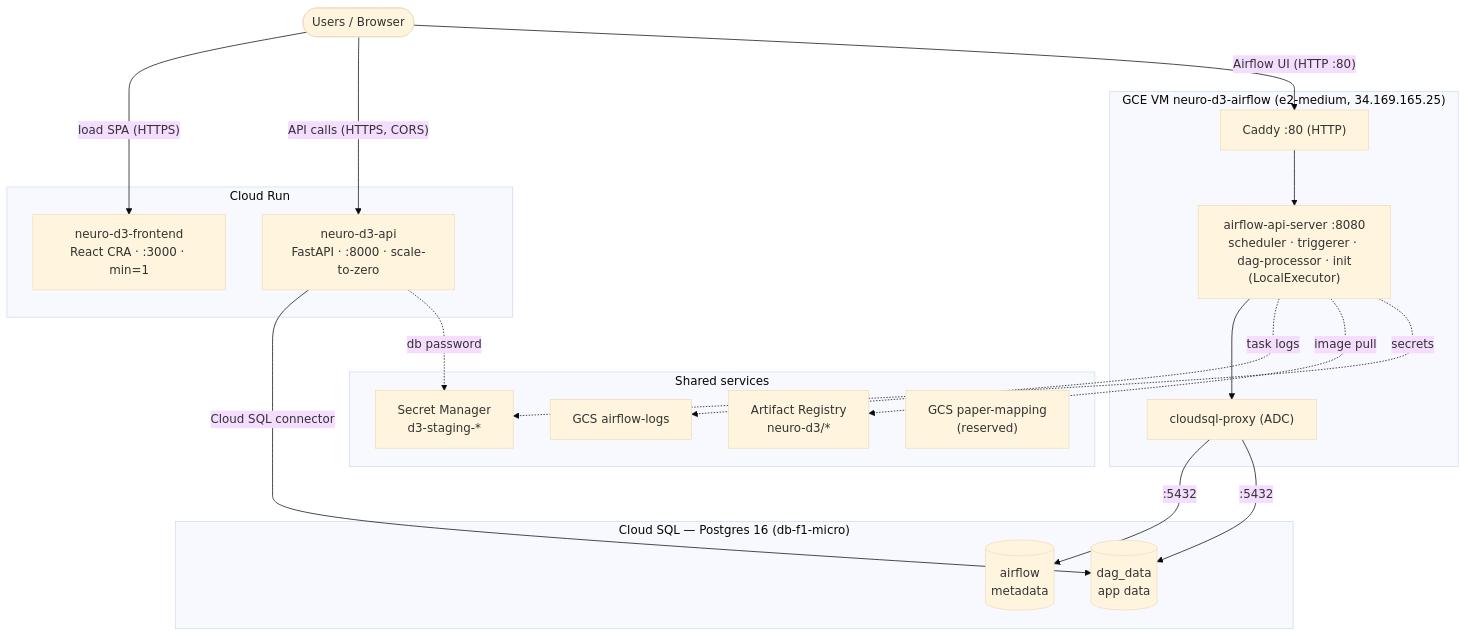
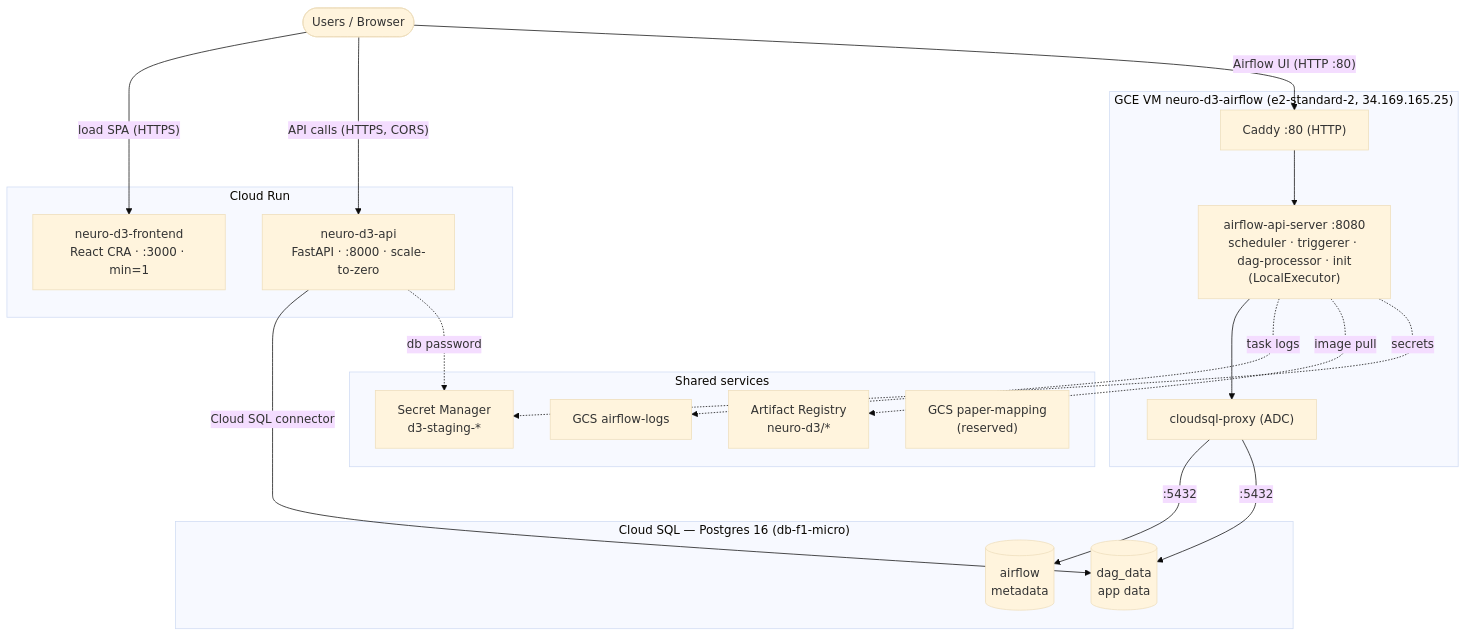
One commit to Neuro-D3/neurod3 changed the diagram in deploy/gcp/staging/ARCHITECTURE.md. Above: the diagram before and after it, drawn with Mermaid (base theme). The commit also changed other lines of this file and 7 other files, not shown here.

````diff
--- a/deploy/gcp/staging/ARCHITECTURE.md
+++ b/deploy/gcp/staging/ARCHITECTURE.md
@@ -13,41 +13,41 @@
 ```mermaid
 flowchart TB
     user(["Users / Browser"])
 
     subgraph cr["Cloud Run"]
       fe["neuro-d3-frontend<br/>React CRA · :3000 · min=1"]
       api["neuro-d3-api<br/>FastAPI · :8000 · scale-to-zero"]
     end
 
-    subgraph vm["GCE VM neuro-d3-airflow (e2-medium, 34.169.165.25)"]
+    subgraph vm["GCE VM neuro-d3-airflow (e2-standard-2, 34.169.165.25)"]
       caddy["Caddy :80 (HTTP)"]
       af["airflow-api-server :8080<br/>scheduler · triggerer · dag-processor · init<br/>(LocalExecutor)"]
       proxy["cloudsql-proxy (ADC)"]
       caddy --> af --> proxy
     end
 
     subgraph sql["Cloud SQL — Postgres 16 (db-f1-micro)"]
       dbaf[("airflow<br/>metadata")]
       dbdata[("dag_data<br/>app data")]
     end
 
     subgraph shared["Shared services"]
       sm["Secret Manager<br/>d3-staging-*"]
       ar["Artifact Registry<br/>neuro-d3/*"]
       logs["GCS airflow-logs"]
       pm["GCS paper-mapping<br/>(reserved)"]
     end
 
     user -->|"load SPA (HTTPS)"| fe
     user -->|"API calls (HTTPS, CORS)"| api
     user -->|"Airflow UI (HTTP :80)"| caddy
 
     api -->|"Cloud SQL connector"| dbdata
     proxy -->|":5432"| dbaf
     proxy -->|":5432"| dbdata
 
     af -. "task logs" .-> logs
     af -. "image pull" .-> ar
     af -. "secrets" .-> sm
     api -. "db password" .-> sm
 ```
````
